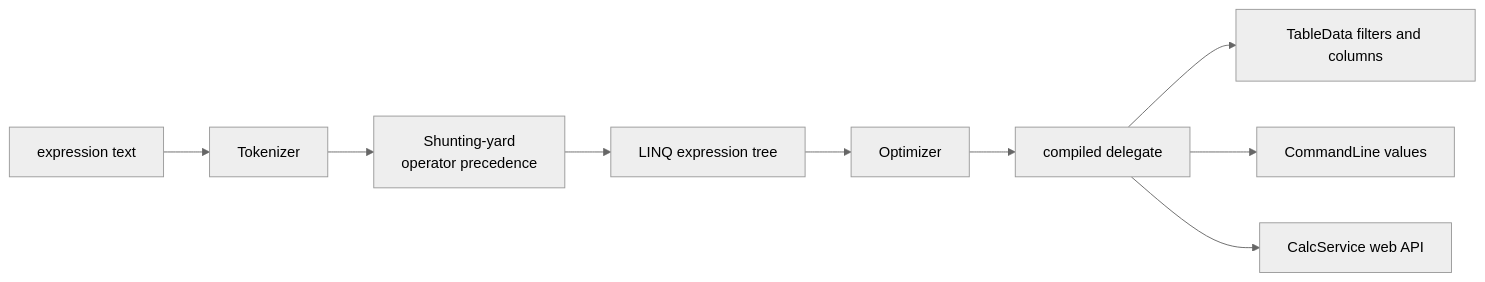
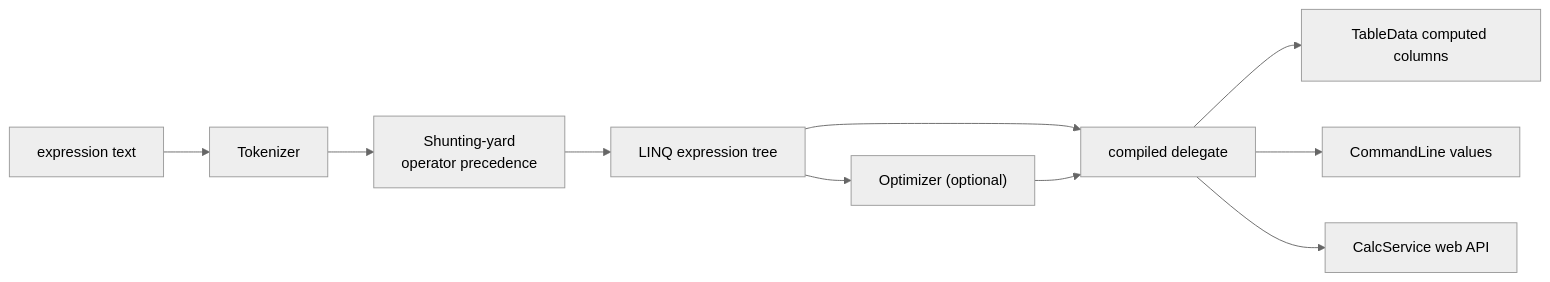
Before and after one commit to dosh1974/SysWeaver: the diagram in SysWeaver.ExpressionEvaluator/README.md, drawn with Mermaid (neutral theme). The commit also changed other lines of this file and 1568 other files, not shown here.

````diff
--- a/SysWeaver.ExpressionEvaluator/README.md
+++ b/SysWeaver.ExpressionEvaluator/README.md
@@ -18,11 +18,12 @@
 ```mermaid
 flowchart LR
   Text["expression text"] --> Tok["Tokenizer"]
   Tok --> SY["Shunting-yard<br/>operator precedence"]
   SY --> Tree["LINQ expression tree"]
-  Tree --> Opt["Optimizer"]
-  Opt --> Func["compiled delegate"]
-  Func --> TD["TableData filters and columns"]
+  Tree --> Opt["Optimizer (optional)"]
+  Tree --> Func["compiled delegate"]
+  Opt --> Func
+  Func --> TD["TableData computed columns"]
   Func --> CL["CommandLine values"]
   Func --> Calc["CalcService web API"]
 ```
````
